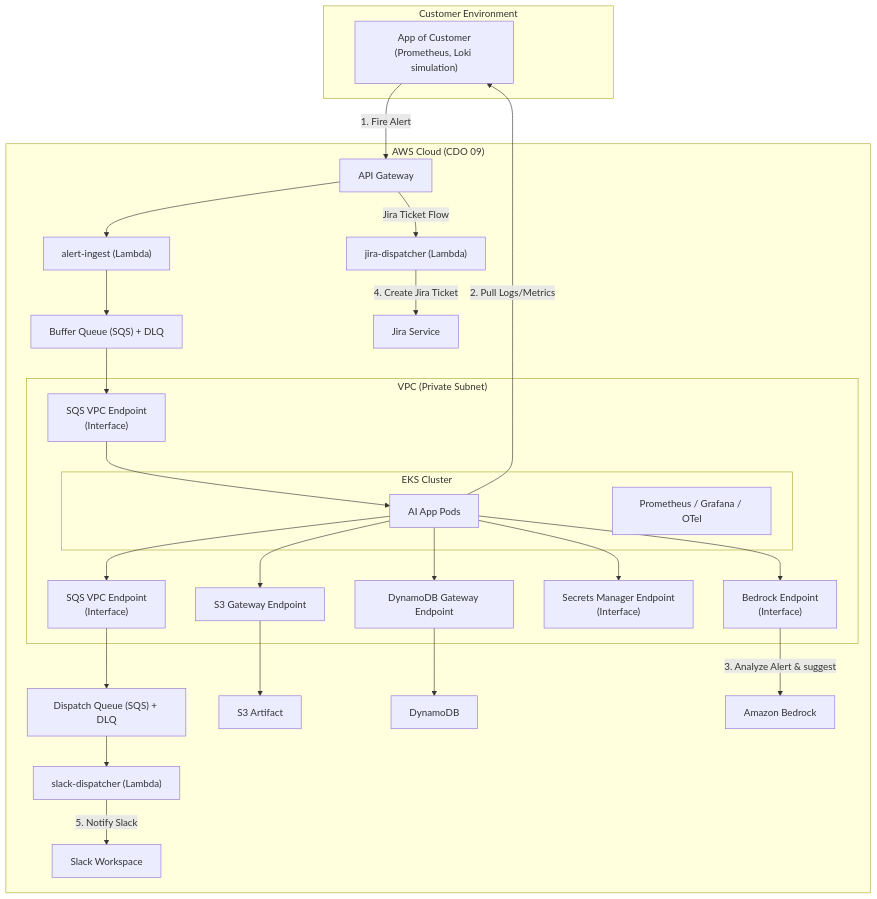
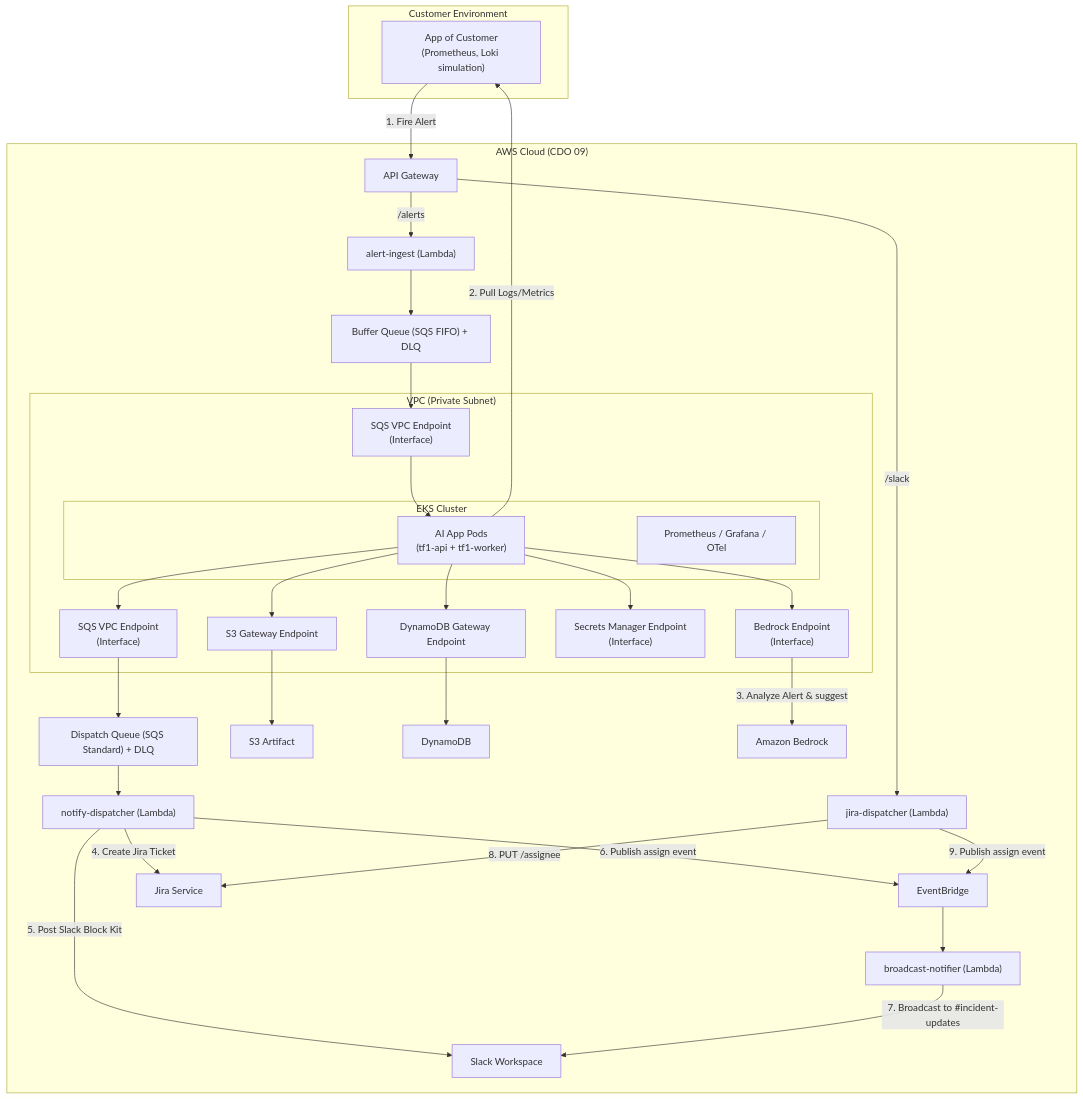
The first of 2 diagrams in docs/reports/02_infra_design.md (X-BRAIN-CDO-09/Triage-Hub), drawn with Mermaid before and after one commit. The commit also changed other lines of this file and 1 other file, not shown here.

Commit message:
docs: sua loi ten Lambda, diagram va ADR trong 02_infra_design va 08_adrs

````diff
--- a/docs/reports/02_infra_design.md
+++ b/docs/reports/02_infra_design.md
@@ -10,55 +10,62 @@
 ```mermaid
 graph TB
     subgraph "Customer Environment"
         CustApp["App of Customer<br>(Prometheus, Loki simulation)"]
     end
 
     subgraph "AWS Cloud (CDO 09)"
         APIGW["API Gateway"]
         LambdaIngest["alert-ingest (Lambda)"]
-        JiraDisp["jira-dispatcher (Lambda)"]
-        Queue1["Buffer Queue (SQS) + DLQ"]
+        Queue1["Buffer Queue (SQS FIFO) + DLQ"]
         
         subgraph "VPC (Private Subnet)"
             SQS_EP1["SQS VPC Endpoint<br>(Interface)"]
             
             subgraph "EKS Cluster"
-                AI_App["AI App Pods"]
+                AI_App["AI App Pods<br>(tf1-api + tf1-worker)"]
                 Monitor["Prometheus / Grafana / OTel"]
             end
             
             S3_EP["S3 Gateway Endpoint"]
             Dynamo_EP["DynamoDB Gateway Endpoint"]
             Bedrock_EP["Bedrock Endpoint<br>(Interface)"]
             SM_EP["Secrets Manager Endpoint<br>(Interface)"]
             SQS_EP2["SQS VPC Endpoint<br>(Interface)"]
         end
         
-        Queue3["Dispatch Queue (SQS) + DLQ"]
-        LambdaSlack["slack-dispatcher (Lambda)"]
+        Queue3["Dispatch Queue (SQS Standard) + DLQ"]
+        LambdaNotify["notify-dispatcher (Lambda)"]
+        LambdaJira["jira-dispatcher (Lambda)"]
+        LambdaBroadcast["broadcast-notifier (Lambda)"]
+        EventBridge["EventBridge"]
         
         S3["S3 Artifact"]
         Dynamo["DynamoDB"]
         Bedrock["Amazon Bedrock"]
         Jira["Jira Service"]
         Slack["Slack Workspace"]
     end
 
     CustApp -->|1. Fire Alert| APIGW
-    APIGW --> LambdaIngest
-    APIGW -->|Jira Ticket Flow| JiraDisp
+    APIGW -->|/alerts| LambdaIngest
+    APIGW -->|/slack| LambdaJira
     LambdaIngest --> Queue1
     Queue1 --> SQS_EP1 --> AI_App
     AI_App -->|2. Pull Logs/Metrics| CustApp
     
     AI_App --> SM_EP
     AI_App --> Bedrock_EP -->|3. Analyze Alert & suggest| Bedrock
     AI_App --> S3_EP --> S3
     AI_App --> Dynamo_EP --> Dynamo
     
     AI_App --> SQS_EP2 --> Queue3
-    Queue3 --> LambdaSlack
+    Queue3 --> LambdaNotify
     
-    JiraDisp -->|4. Create Jira Ticket| Jira
-    LambdaSlack -->|5. Notify Slack| Slack
+    LambdaNotify -->|4. Create Jira Ticket| Jira
+    LambdaNotify -->|5. Post Slack Block Kit| Slack
+    LambdaNotify -->|6. Publish assign event| EventBridge
+    EventBridge --> LambdaBroadcast
+    LambdaBroadcast -->|7. Broadcast to #incident-updates| Slack
+    LambdaJira -->|8. PUT /assignee| Jira
+    LambdaJira -->|9. Publish assign event| EventBridge
 ```
````
